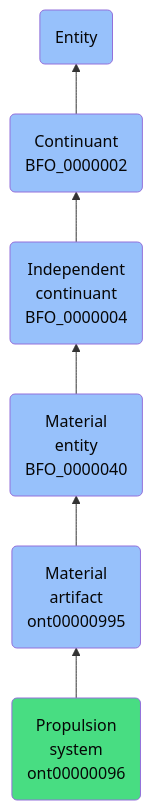
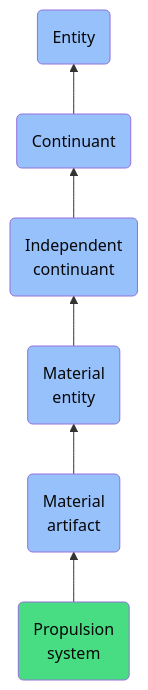
Before and after one commit to jupyter-naas/abi: the diagram in docs/ontology/reference/model/Entity/Continuant/Independent continuant/Material entity/Material artifact/Propulsion system/Propulsion system.md, drawn with Mermaid. The commit also changed other lines of this file and 1430 other files, not shown here.

````diff
--- a/docs/ontology/reference/model/Entity/Continuant/Independent continuant/Material entity/Material artifact/Propulsion system/Propulsion system.md
+++ b/docs/ontology/reference/model/Entity/Continuant/Independent continuant/Material entity/Material artifact/Propulsion system/Propulsion system.md
@@ -24,13 +24,13 @@
 ```mermaid
 graph BT
-    ont00000096(Propulsion<br>system<br>ont00000096):::ABI-->ont00000995
-    ont00000995(Material<br>artifact<br>ont00000995):::BFO-->BFO_0000040
-    BFO_0000040(Material<br>entity<br>BFO_0000040):::BFO-->BFO_0000004
-    BFO_0000004(Independent<br>continuant<br>BFO_0000004):::BFO-->BFO_0000002
-    BFO_0000002(Continuant<br>BFO_0000002):::BFO-->BFO_0000001
+    ont00000096(Propulsion<br>system):::ABI-->ont00000995
+    ont00000995(Material<br>artifact):::BFO-->BFO_0000040
+    BFO_0000040(Material<br>entity):::BFO-->BFO_0000004
+    BFO_0000004(Independent<br>continuant):::BFO-->BFO_0000002
+    BFO_0000002(Continuant):::BFO-->BFO_0000001
     BFO_0000001(Entity):::BFO
     
     classDef BFO fill:#97c1fb,color:#060606
     classDef CCO fill:#e4c51e,color:#060606
     classDef ABI fill:#48DD82,color:#060606
 ```
````
